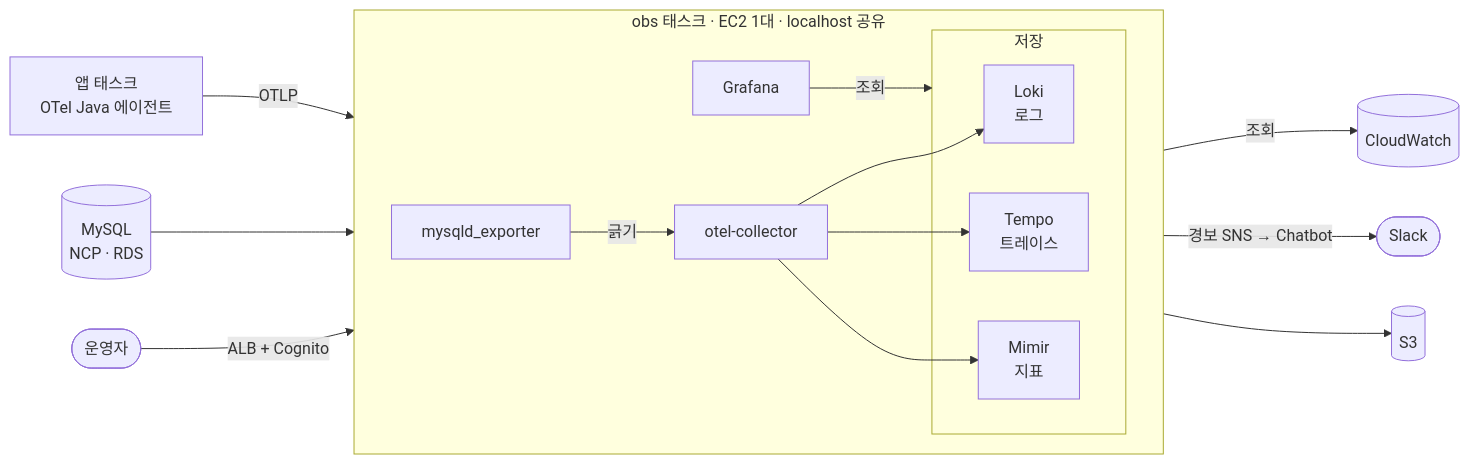
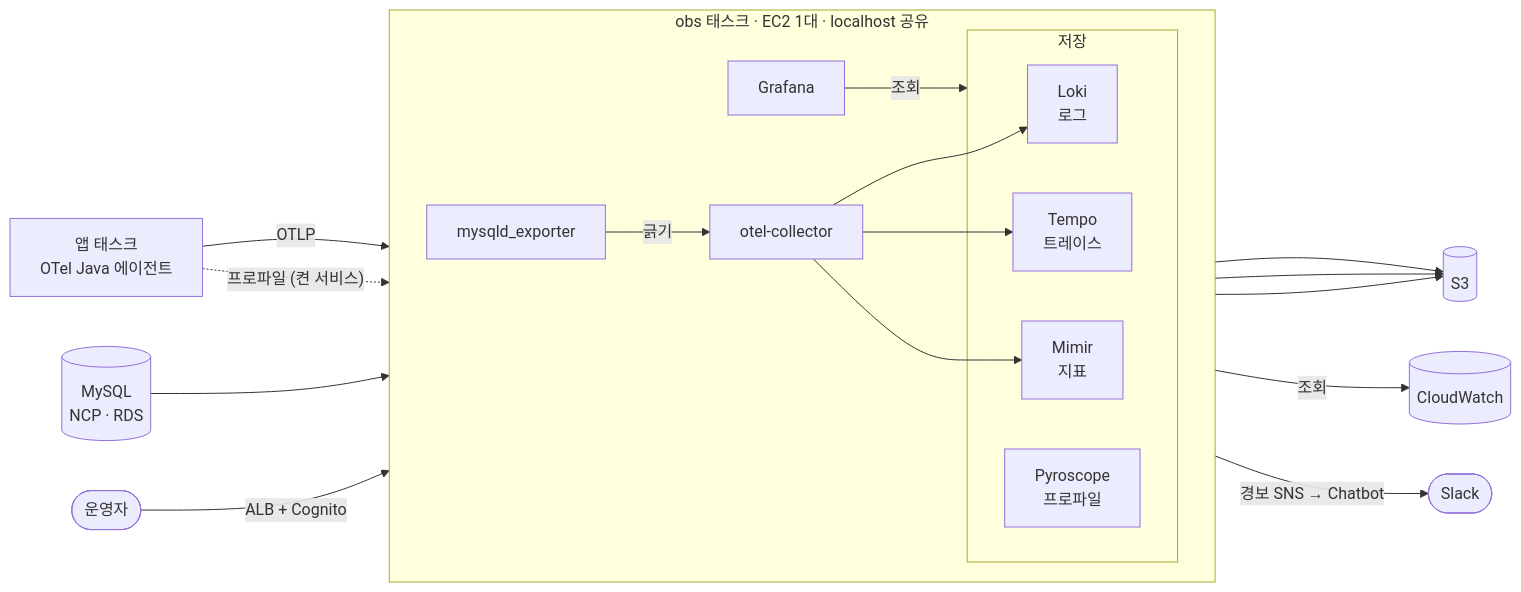
The first of 4 diagrams in terraform/aws/monitoring/lgtm/nova_apnortheast2/config/README.md (Grandis-2/nova-infra), drawn with Mermaid before and after one commit. The commit also changed other lines of this file and 6 other files, not shown here.

Commit message:
feat(monitoring): Pyroscope 프로파일 저장소 · 트레이스 → 프로파일 연결 (NV-540)

````diff
--- a/terraform/aws/monitoring/lgtm/nova_apnortheast2/config/README.md
+++ b/terraform/aws/monitoring/lgtm/nova_apnortheast2/config/README.md
@@ -18,32 +19,34 @@
 ```mermaid
 flowchart LR
   app["앱 태스크<br/>OTel Java 에이전트"]
   ncp[("MySQL<br/>NCP · RDS")]
   user(["운영자"])
 
   subgraph obs["obs 태스크 · EC2 1대 · localhost 공유"]
     direction LR
     exp["mysqld_exporter"]
     col["otel-collector"]
     subgraph store["저장"]
       loki["Loki<br/>로그"]
       tempo["Tempo<br/>트레이스"]
       mimir["Mimir<br/>지표"]
+      pyro["Pyroscope<br/>프로파일"]
     end
     graf["Grafana"]
   end
 
   s3[("S3")]
   cw[("CloudWatch")]
   slack(["Slack"])
 
   app -- "OTLP" --> col
+  app -. "프로파일 (켠 서비스)" .-> pyro
   exp -- "긁기" --> col
   ncp --> exp
   col --> loki & tempo & mimir
-  store --> s3
+  loki & tempo & mimir --> s3
   graf -- "조회" --> store
   graf -- "조회" --> cw
   graf -- "경보 SNS → Chatbot" --> slack
   user -- "ALB + Cognito" --> graf
 ```
````
